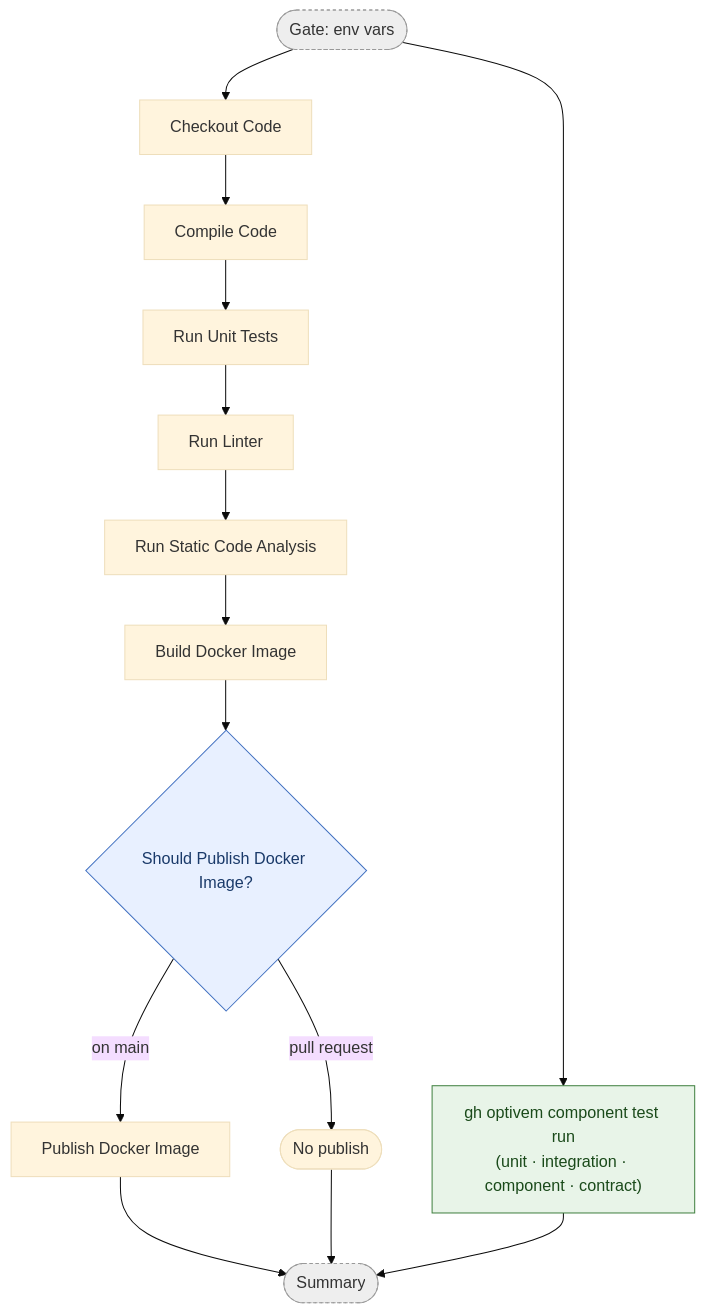
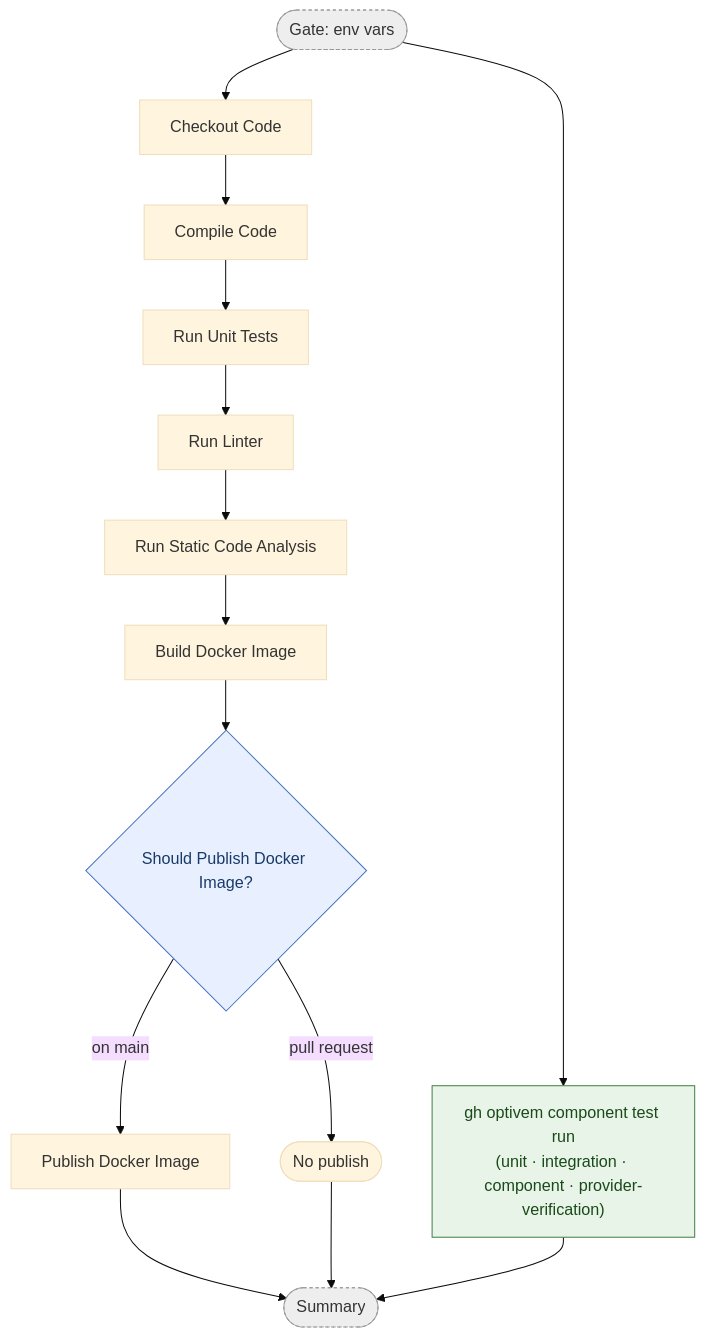
One commit to vivek729/shop-atdd changed the diagram in docs/pipeline/commit-stage.md. Above: the diagram before and after it, drawn with Mermaid (base theme). The commit also changed other lines of this file and 14 other files, not shown here.

First line of the commit message:
Rename component-tier contract suite to provider-verification; drop frontend standalone layer-4 suite

````diff
--- a/docs/pipeline/commit-stage.md
+++ b/docs/pipeline/commit-stage.md
@@ -13,24 +13,24 @@
 ```mermaid
 flowchart TD
     gate([Gate: env vars]):::gate
 
     gate --> checkout[Checkout Code]
     checkout --> compile[Compile Code]
     compile --> unit[Run Unit Tests]
     unit --> linter[Run Linter]
     linter --> analysis[Run Static Code Analysis]
     analysis --> build[Build Docker Image]
     build --> shouldpublish{Should Publish Docker Image?}:::conditional
     shouldpublish -->|on main| publish[Publish Docker Image]
     shouldpublish -->|pull request| done([No publish])
 
-    gate --> ct["gh optivem component test run<br/>(unit · integration · component · contract)"]:::component
+    gate --> ct["gh optivem component test run<br/>(unit · integration · component · provider-verification)"]:::component
 
     publish --> summary([Summary]):::gate
     done --> summary
     ct --> summary
 
     classDef gate fill:#eee,stroke:#999,stroke-dasharray:3 3,color:#333;
     classDef conditional fill:#e8f0ff,stroke:#4070c0,color:#1a3a6a;
     classDef component fill:#e8f4e8,stroke:#408040,color:#1a4a1a;
 ```
````
